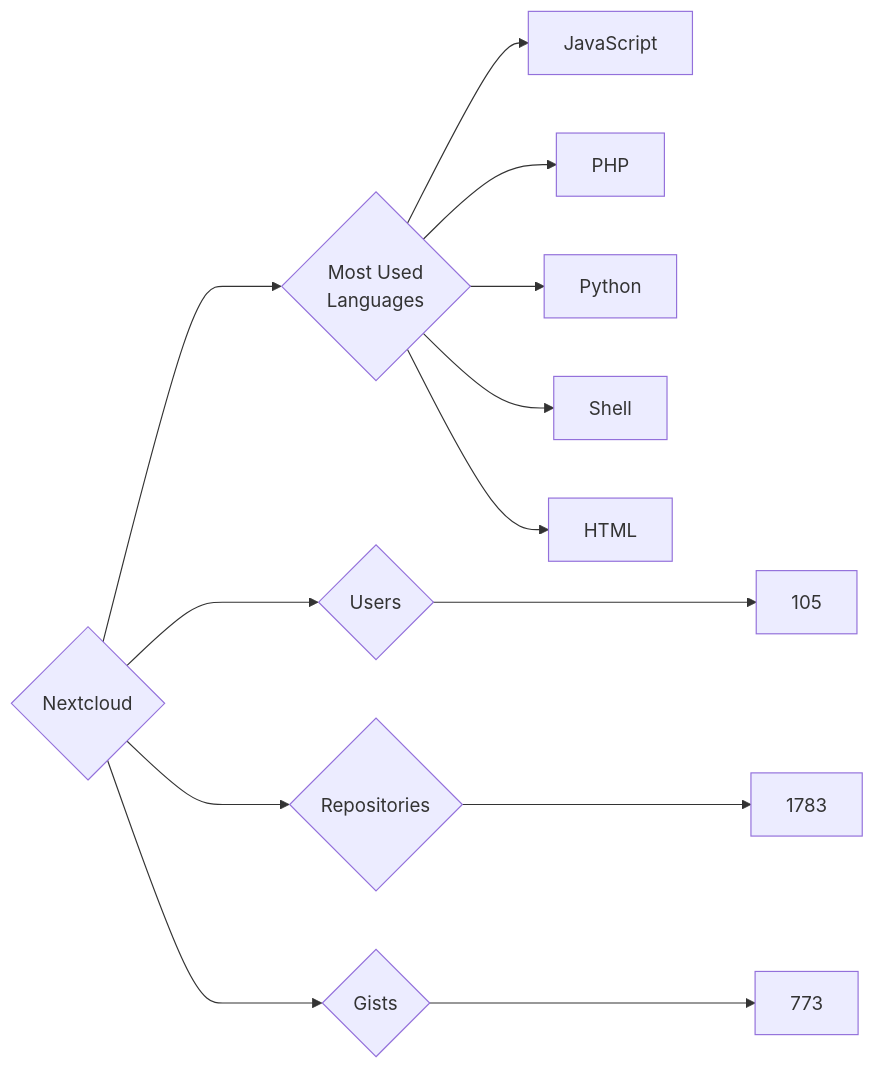
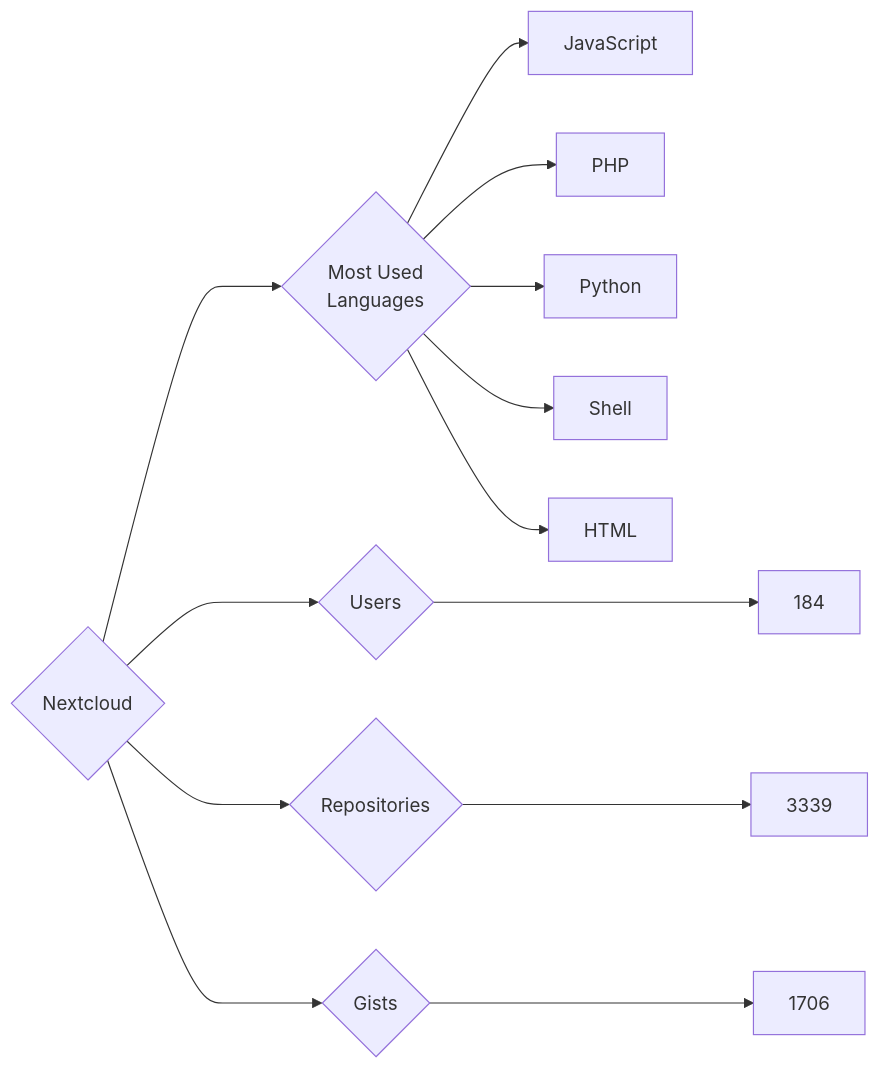
Before and after one commit to trickest/insiders: the diagram in targets/Nextcloud/README.md, drawn with Mermaid. The commit also changed 948 other files, not shown here.

````diff
--- a/targets/Nextcloud/README.md
+++ b/targets/Nextcloud/README.md
@@ -3,13 +3,13 @@
 ```mermaid
 graph LR
 COMPANY_NAME{Nextcloud}
-COMPANY_NAME ---> U{Users} ---> UN[105]
-COMPANY_NAME ---> R{Repositories} ---> RN[1783]
-COMPANY_NAME ---> G{Gists} ---> GN[773]
+COMPANY_NAME ---> U{Users} ---> UN[184]
+COMPANY_NAME ---> R{Repositories} ---> RN[3339]
+COMPANY_NAME ---> G{Gists} ---> GN[1706]
 COMPANY_NAME ---> ML{Most Used<br>Languages}
 ML --> JavaScript[JavaScript]
 ML --> PHP[PHP]
 ML --> Python[Python]
 ML --> Shell[Shell]
 ML --> HTML[HTML]
 ```
````
